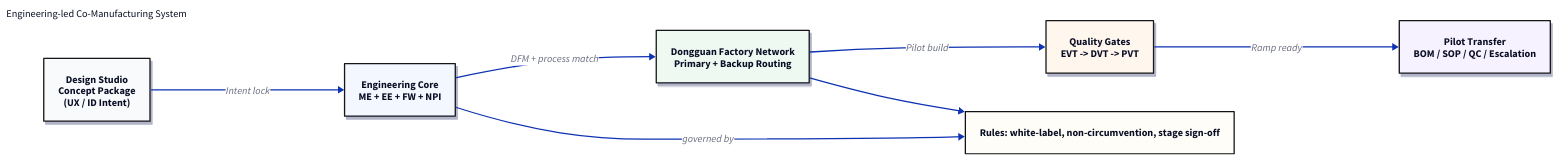
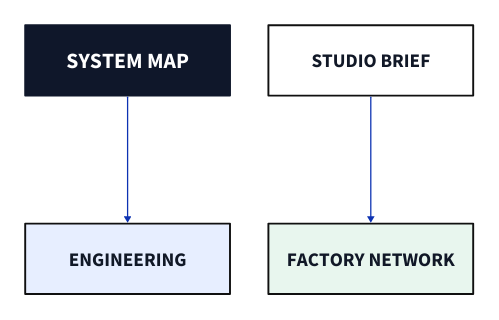
Before and after one commit to shenlian583-afk/tianan: the diagram in assets/covers/d2/cover-system.d2, drawn with D2. The commit also changed 23 other files, not shown here.

```diff
--- a/assets/covers/d2/cover-system.d2
+++ b/assets/covers/d2/cover-system.d2
@@ -1,67 +1,58 @@
-direction: right
+direction: down
 
-title: {
-  label: "Engineering-led Co-Manufacturing System"
-  shape: text
+r1: {
+  label: ""
+  style.stroke-width: 0
+  style.fill: "transparent"
+  direction: right
+  a: {
+    label: "SYSTEM MAP"
+    width: 320
+    height: 110
+    style.fill: "#0F172A"
+    style.stroke: "#0F172A"
+    style.stroke-width: 3
+    style.font-color: "#FFFFFF"
+    style.font-size: 34
+  }
+  b: {
+    label: "STUDIO BRIEF"
+    width: 320
+    height: 110
+    style.fill: "#FFFFFF"
+    style.stroke: "#101010"
+    style.stroke-width: 3
+    style.font-size: 30
+    style.font-color: "#111827"
+  }
 }
 
-studio: {
-  label: "Design Studio\nConcept Package\n(UX / ID Intent)"
-  shape: rectangle
-  style.fill: "#F9FAFC"
-  style.stroke: "#121212"
-  style.stroke-width: 2
-  style.shadow: true
+r2: {
+  label: ""
+  style.stroke-width: 0
+  style.fill: "transparent"
+  direction: right
+  c: {
+    label: "ENGINEERING"
+    width: 320
+    height: 110
+    style.fill: "#E7EEFF"
+    style.stroke: "#101010"
+    style.stroke-width: 3
+    style.font-size: 30
+    style.font-color: "#111827"
+  }
+  d: {
+    label: "FACTORY NETWORK"
+    width: 320
+    height: 110
+    style.fill: "#E8F6EE"
+    style.stroke: "#101010"
+    style.stroke-width: 3
+    style.font-size: 30
+    style.font-color: "#111827"
+  }
 }
 
-engineering: {
-  label: "Engineering Core\nME + EE + FW + NPI"
-  shape: rectangle
-  style.fill: "#F3F7FF"
-  style.stroke: "#121212"
-  style.stroke-width: 2
-  style.shadow: true
-}
-
-network: {
-  label: "Dongguan Factory Network\nPrimary + Backup Routing"
-  shape: rectangle
-  style.fill: "#EEF9F2"
-  style.stroke: "#121212"
-  style.stroke-width: 2
-  style.shadow: true
-}
-
-quality: {
-  label: "Quality Gates\nEVT -> DVT -> PVT"
-  shape: rectangle
-  style.fill: "#FFF6EE"
-  style.stroke: "#121212"
-  style.stroke-width: 2
-  style.shadow: true
-}
-
-handoff: {
-  label: "Pilot Transfer\nBOM / SOP / QC / Escalation"
-  shape: rectangle
-  style.fill: "#F7F2FF"
-  style.stroke: "#121212"
-  style.stroke-width: 2
-  style.shadow: true
-}
-
-studio -> engineering: "Intent lock"
-engineering -> network: "DFM + process match"
-network -> quality: "Pilot build"
-quality -> handoff: "Ramp ready"
-
-trust: {
-  label: "Rules: white-label, non-circumvention, stage sign-off"
-  shape: rectangle
-  style.fill: "#FFFDF7"
-  style.stroke: "#121212"
-  style.stroke-width: 2
-}
-
-engineering -> trust: "governed by"
-network -> trust
+r1.a -> r2.c
+r1.b -> r2.d
```
